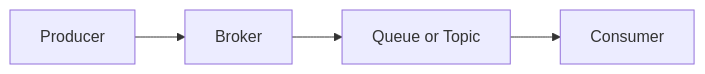
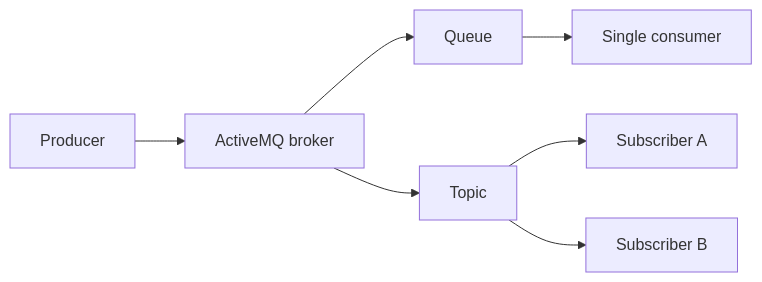
The ninth of 24 diagrams in 06-messaging-and-events/README.md (hareramcse/SystemDesign), drawn with Mermaid before and after one commit. The commit also changed other lines of this file and 14 other files, not shown here.

````diff
--- a/06-messaging-and-events/README.md
+++ b/06-messaging-and-events/README.md
@@ -1977,6 +1044,9 @@
 ```mermaid
 flowchart LR
-    P[Producer] --> B[Broker]
-    B --> D[Queue or Topic]
-    D --> C[Consumer]
+    P[Producer] --> B[ActiveMQ broker]
+    B --> Q[Queue]
+    B --> T[Topic]
+    Q --> C1[Single consumer]
+    T --> C2[Subscriber A]
+    T --> C3[Subscriber B]
 ```
````
